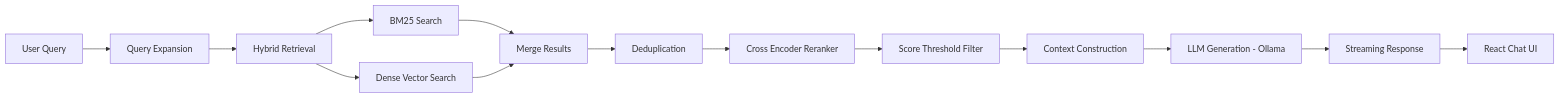
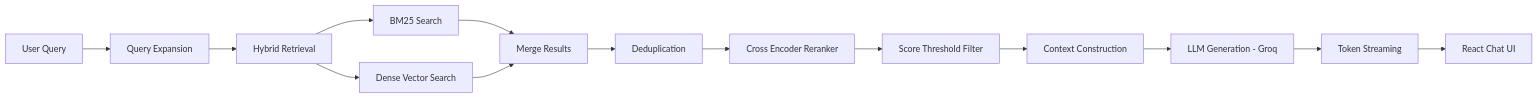
The diagram in README.md (Survivor1007/Hybrid-Rag-Project), drawn with Mermaid before and after one commit. The commit also changed other lines of this file, not shown here.

````diff
--- a/README.md
+++ b/README.md
@@ -92,31 +100,31 @@
 ```mermaid
 flowchart LR
 
 A[User Query]
 B[Query Expansion]
 C[Hybrid Retrieval]
 C1[BM25 Search]
 C2[Dense Vector Search]
 D[Merge Results]
 E[Deduplication]
 F[Cross Encoder Reranker]
 G[Score Threshold Filter]
 H[Context Construction]
-I[LLM Generation - Ollama]
-J[Streaming Response]
+I[LLM Generation - Groq]
+J[Token Streaming]
 K[React Chat UI]
 
 A --> B
 B --> C
 C --> C1
 C --> C2
 C1 --> D
 C2 --> D
 D --> E
 E --> F
 F --> G
 G --> H
 H --> I
 I --> J
 J --> K
 ```
````
